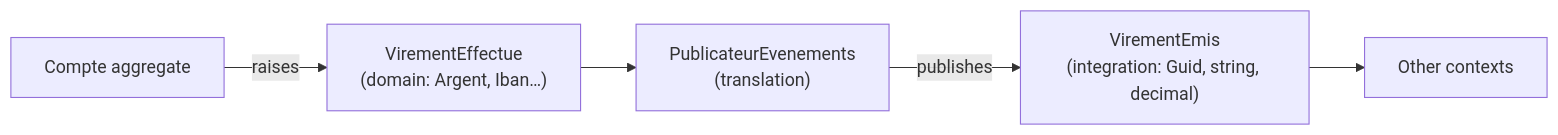
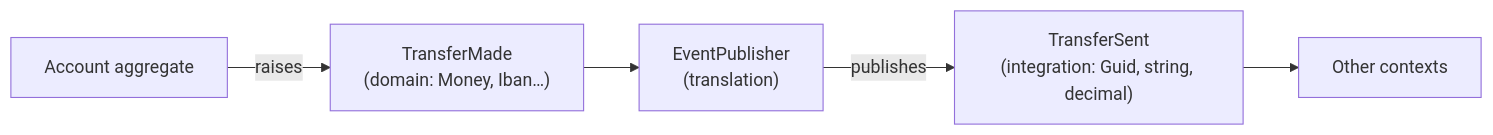
Before and after one commit to drangoht/ArchitecturesDemo: the seventh of 7 diagrams in Docs/en/concepts-transverses.md, drawn with Mermaid. The commit also changed other lines of this file and 78 other files, not shown here.

First line of the commit message:
Docs EN : identifiants, liens, diagrammes et sorties alignés sur le code anglais

````diff
--- a/Docs/en/concepts-transverses.md
+++ b/Docs/en/concepts-transverses.md
@@ -229,7 +229,7 @@
 ```mermaid
 flowchart LR
-    A["Compte aggregate"] -->|"raises"| D["VirementEffectue<br/>(domain: Argent, Iban…)"]
-    D --> T["PublicateurEvenements<br/>(translation)"]
-    T -->|"publishes"| I["VirementEmis<br/>(integration: Guid, string, decimal)"]
+    A["Account aggregate"] -->|"raises"| D["TransferMade<br/>(domain: Money, Iban…)"]
+    D --> T["EventPublisher<br/>(translation)"]
+    T -->|"publishes"| I["TransferSent<br/>(integration: Guid, string, decimal)"]
     I --> C["Other contexts"]
 ```
````
